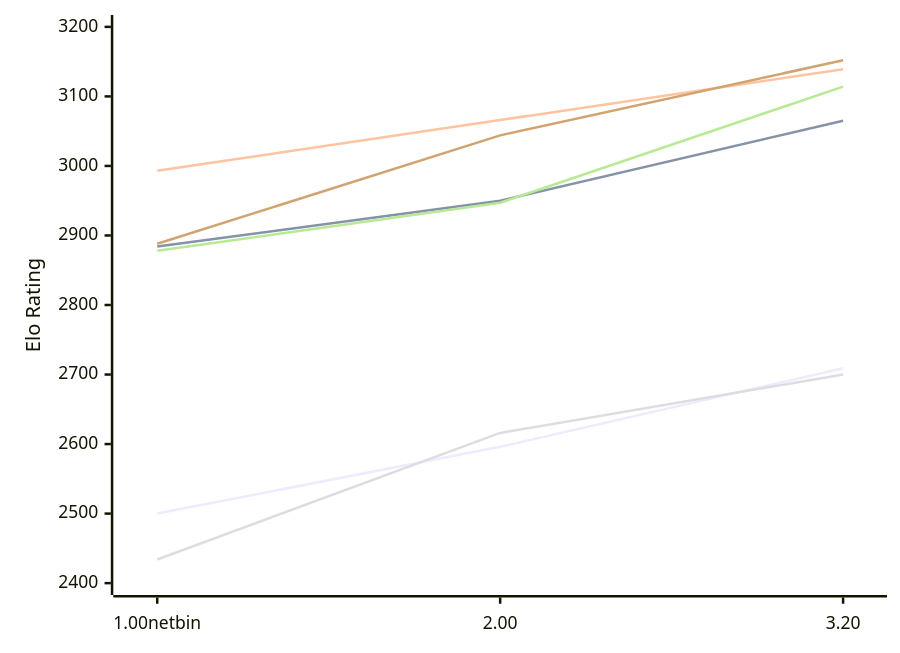
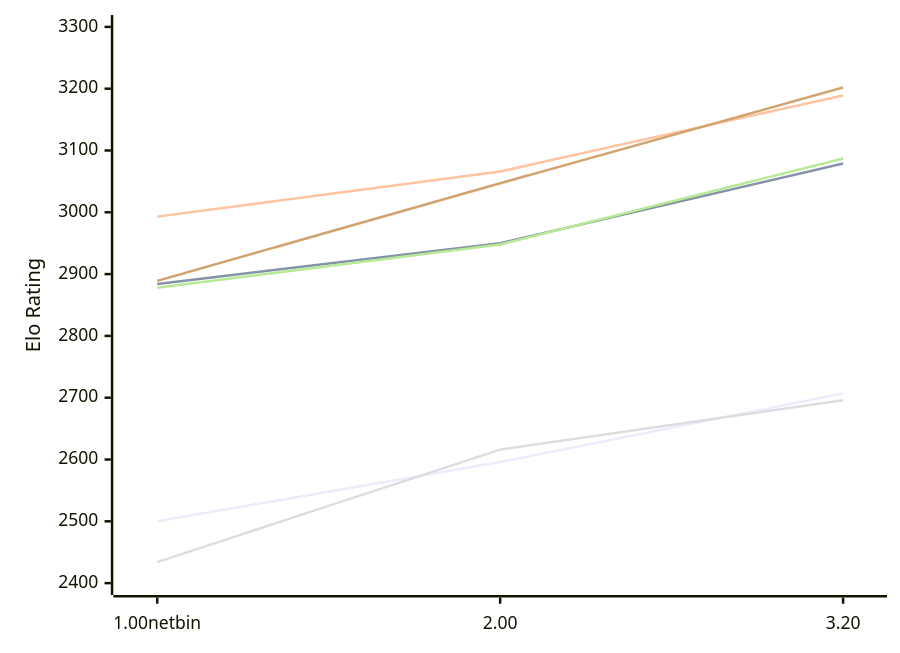
Before and after one commit to computer-chess-index/cci: the first of 2 diagrams in engines/Gilipol.md, drawn with Mermaid. The commit also changed other lines of this file, not shown here.

Commit message:
Update CCI Ratings (ELO VLTC) - 2026-11-27

````diff
--- a/engines/Gilipol.md
+++ b/engines/Gilipol.md
@@ -53,12 +53,12 @@
 ```mermaid
 %%{init: {"theme":"base","themeVariables":{"seriesColors:['#a3a3a3','#222221','#faa371']}}}%%
 xychart-beta
   x-axis ["1.00netbin", "2.00", "3.20"]
-  y-axis "Elo Rating" 2400 --> 3200
-  line "E1: STC (8.0+0.08s)" [2500, 2596, 2709]
-  line "E1: LTC (60.0+0.60s)" [2884, 2950, 3065]
-  line "E1: VLTC (2m24s+1.12s)" [2993, 3066, 3139]
-  line "P1: STC (8.0+0.08s)" [2434, 2616, 2700]
-  line "P1: LTC (60.0+0.60s)" [2878, 2947, 3114]
-  line "P1: VLTC (2m24s+1.12s)" [2888, 3044, 3152]
+  y-axis "Elo Rating" 2400 --> 3300
+  line "E1: STC (8.0+0.08s)" [2500, 2596, 2707]
+  line "E1: LTC (60.0+0.60s)" [2884, 2950, 3079]
+  line "E1: VLTC (2m24s+1.12s)" [2993, 3066, 3189]
+  line "P1: STC (8.0+0.08s)" [2434, 2616, 2696]
+  line "P1: LTC (60.0+0.60s)" [2878, 2948, 3087]
+  line "P1: VLTC (2m24s+1.12s)" [2889, 3047, 3202]
 ```
````
